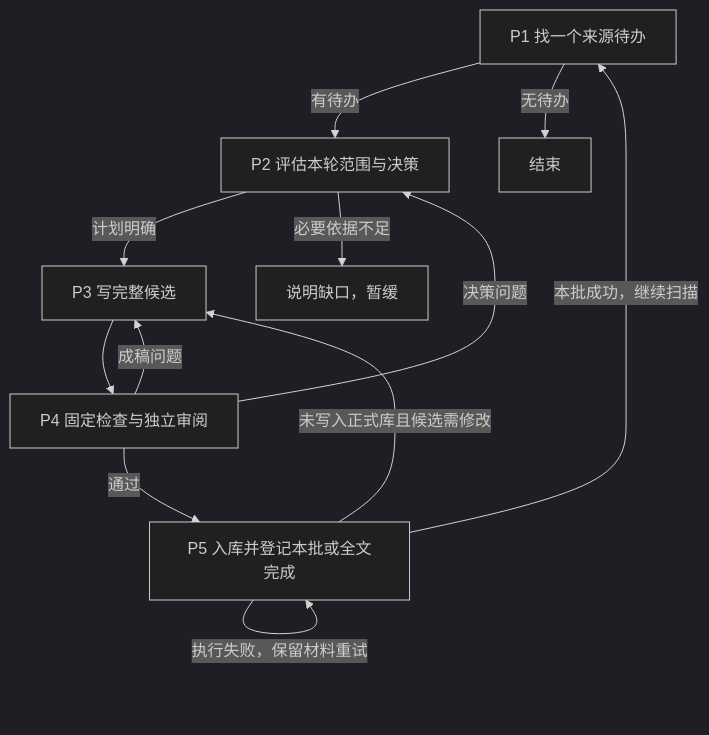
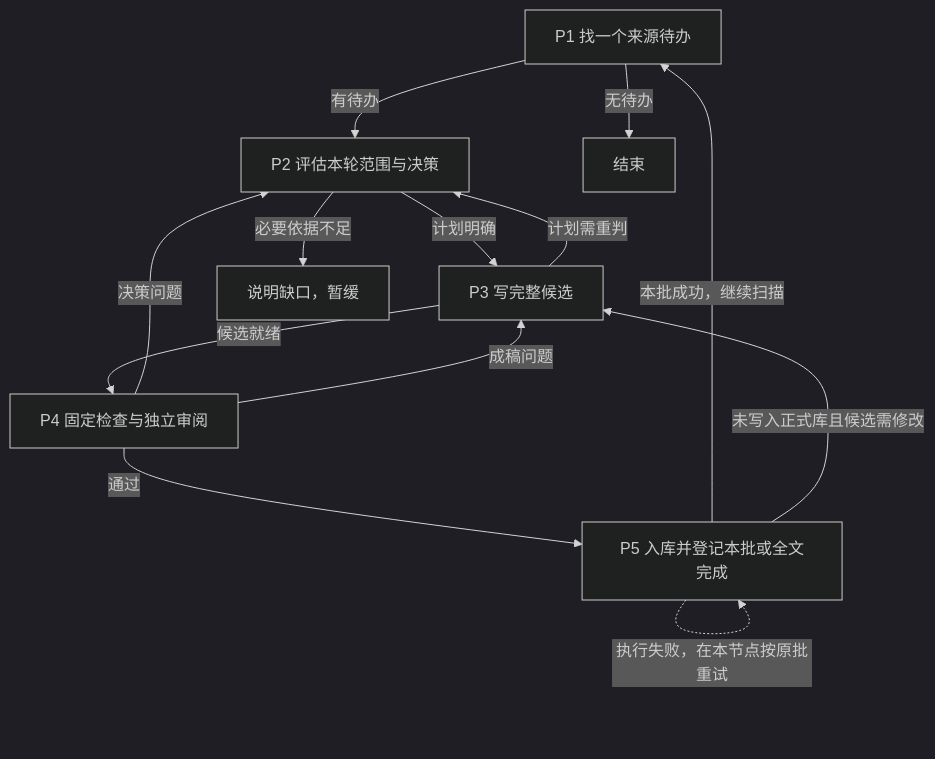
Before and after one commit to Robin-hhc/FactumCore: the first of 7 diagrams in himate/himate-knowledge-wifi-mp/docs-llm-wiki/知识库详细设计.md, drawn with Mermaid (dark theme). The commit also changed other lines of this file and 9 other files, not shown here.

````diff
--- a/himate/himate-knowledge-wifi-mp/docs-llm-wiki/知识库详细设计.md
+++ b/himate/himate-knowledge-wifi-mp/docs-llm-wiki/知识库详细设计.md
@@ -23,14 +23,15 @@
 ```mermaid
 flowchart TD
     P1["P1 找一个来源待办"] -->|有待办| P2["P2 评估本轮范围与决策"]
     P1 -->|无待办| E["结束"]
     P2 -->|计划明确| P3["P3 写完整候选"]
     P2 -->|必要依据不足| D["说明缺口，暂缓"]
-    P3 --> P4["P4 固定检查与独立审阅"]
+    P3 -->|候选就绪| P4["P4 固定检查与独立审阅"]
+    P3 -->|计划需重判| P2
     P4 -->|决策问题| P2
     P4 -->|成稿问题| P3
     P4 -->|通过| P5["P5 入库并登记本批或全文完成"]
     P5 -->|本批成功，继续扫描| P1
-    P5 -->|执行失败，保留材料重试| P5
+    P5 -. 执行失败，在本节点按原批重试 .-> P5
     P5 -->|未写入正式库且候选需修改| P3
 ```
````
